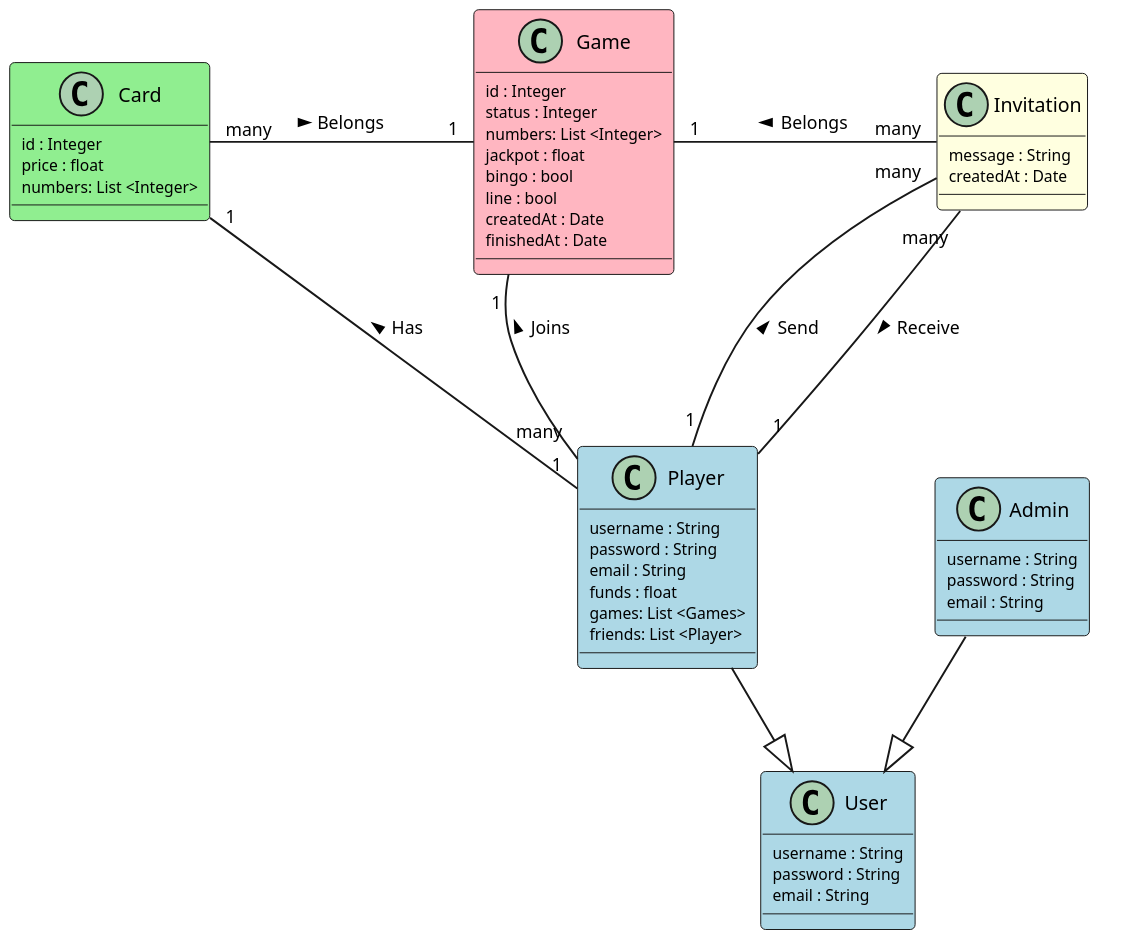
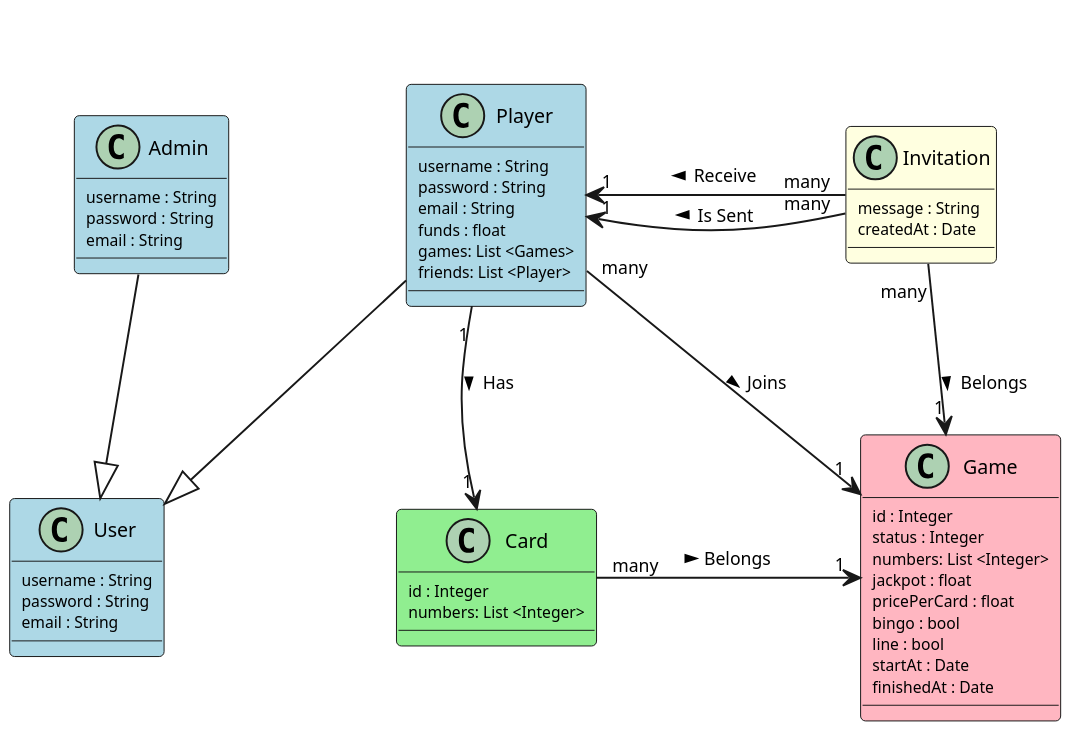
One commit to rogargon/webingo-gei-api changed the diagram in entity_model.puml. Above: the diagram before and after it, drawn with PlantUML. The commit also changed 1 other file, not shown here.

```diff
--- a/entity_model.puml
+++ b/entity_model.puml
@@ -1,88 +1,88 @@
 @startuml
 
 skinparam dpi 200
 skinparam classAttributeFontSize 8
 skinparam classArrowFontSize 9
 skinparam classFontSize 10
 skinparam nodesep 90
 skinparam ranksep 40
 hide stereotype
 
 skinparam class {
 	BackgroundColor White
 	BackgroundColor<<Game>> LightPink
 	BackgroundColor<<User>> LightBlue
 	BackgroundColor<<Card>> LightGreen
 	BackgroundColor<<Invitation>> LightYellow
 }
 skinparam shadowing false
 
 skinparam package<<Layout>> {
   borderColor Transparent
   backgroundColor Transparent
   fontColor Transparent
   stereotypeFontColor Transparent
 }
 
 class User <<User>> {
     username : String
     password : String
     email : String
 }
 
 package Users <<Layout>>{
     class Player <<User>> {
         username : String
         password : String
         email : String
         funds : float
         games: List <Games>
         friends: List <Player>
     }
 
     class Admin <<User>> {
     username : String
     password : String
     email : String
     }
 }
 
 class Card <<Card>> {
     id : Integer
-    price : float
     numbers: List <Integer>
 }
 
 class Game <<Game>> {
     id : Integer
     status : Integer
     numbers: List <Integer>
     jackpot : float
+    pricePerCard : float
     bingo : bool
     line : bool
-    createdAt : Date
+    startAt : Date
     finishedAt : Date
 }
 
 class Invitation <<Invitation>> {
     message : String
     createdAt : Date
 }
 
-Invitation "many" -- "1" Player : Send <
+Invitation "many" -> "1" Player : Is Sent >
 
-Invitation "many" -- "1" Player : Receive >
+Invitation "many" -> "1" Player : Receive >
 
-Invitation "many" -left- "1" Game : Belongs >
+Invitation "many" --> "1" Game : Belongs >
 
-Game "1" -left- "many" Card : Belongs <
+Game "1" <-left- "many" Card : Belongs <
 
-Player "1" -- "1" Card : Has >
+Player "1" --> "1" Card : Has >
 
-Player "many" -- "1" Game : Joins >
+Player "many" --> "1" Game : Joins >
 
-Player " " --|> " " User
+Player --|> User
 
-Admin " " --|> " " User
+Admin -|> User
 
 @enduml
```
